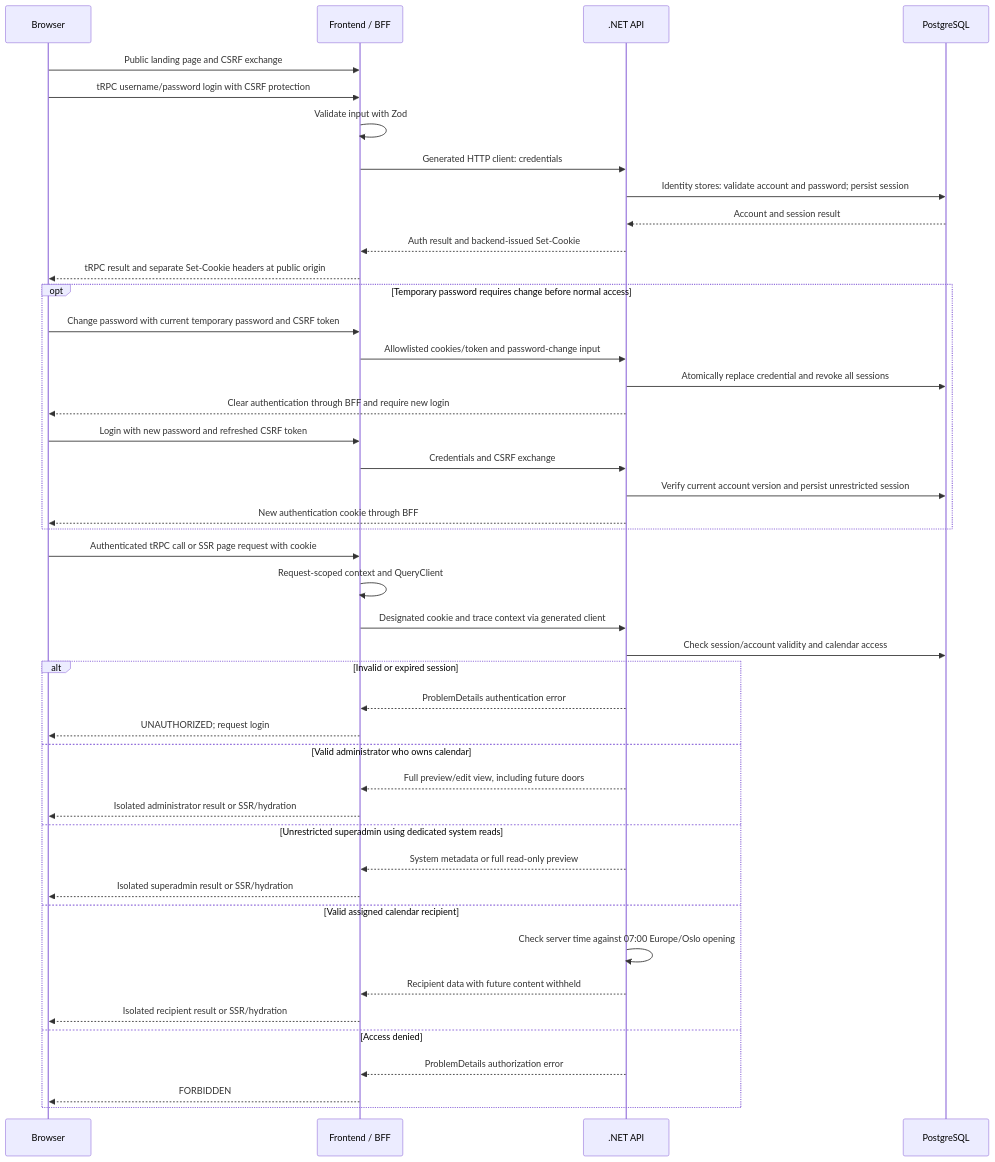
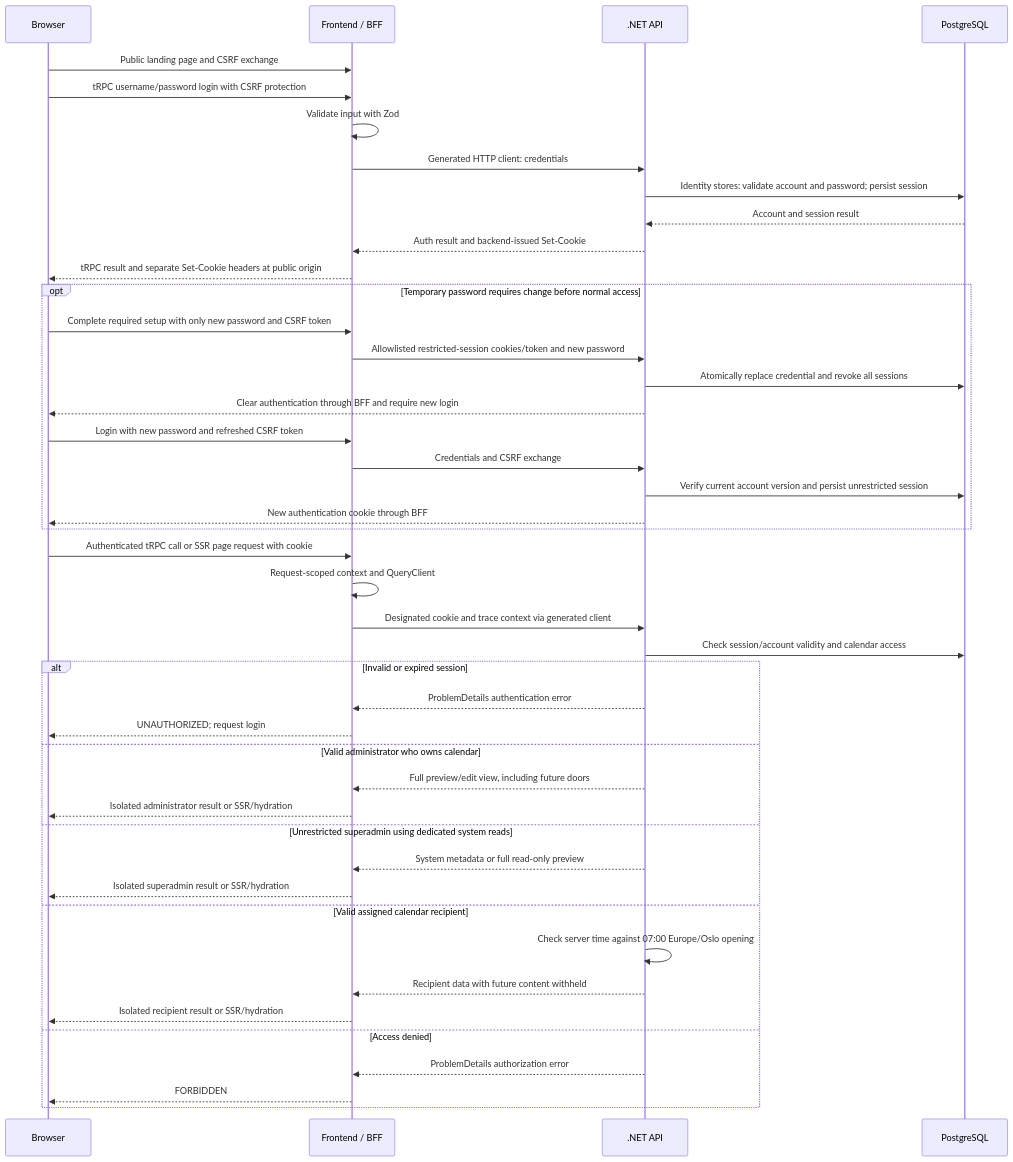
The third of 4 diagrams in docs/architecture.md (Pipehill/advent-calendar), drawn with Mermaid before and after one commit. The commit also changed 28 other files, not shown here.

Commit message:
[FEATURE]: Complete required password setup with the restricted session (#60)

````diff
--- a/docs/architecture.md
+++ b/docs/architecture.md
@@ -462,46 +462,46 @@
 ```mermaid
 sequenceDiagram
     participant Browser
     participant BFF as Frontend / BFF
     participant API as .NET API
     participant DB as PostgreSQL
     Browser->>BFF: Public landing page and CSRF exchange
     Browser->>BFF: tRPC username/password login with CSRF protection
     BFF->>BFF: Validate input with Zod
     BFF->>API: Generated HTTP client: credentials
     API->>DB: Identity stores: validate account and password#59; persist session
     DB-->>API: Account and session result
     API-->>BFF: Auth result and backend-issued Set-Cookie
     BFF-->>Browser: tRPC result and separate Set-Cookie headers at public origin
     opt Temporary password requires change before normal access
-        Browser->>BFF: Change password with current temporary password and CSRF token
-        BFF->>API: Allowlisted cookies/token and password-change input
+        Browser->>BFF: Complete required setup with only new password and CSRF token
+        BFF->>API: Allowlisted restricted-session cookies/token and new password
         API->>DB: Atomically replace credential and revoke all sessions
         API-->>Browser: Clear authentication through BFF and require new login
         Browser->>BFF: Login with new password and refreshed CSRF token
         BFF->>API: Credentials and CSRF exchange
         API->>DB: Verify current account version and persist unrestricted session
         API-->>Browser: New authentication cookie through BFF
     end
     Browser->>BFF: Authenticated tRPC call or SSR page request with cookie
     BFF->>BFF: Request-scoped context and QueryClient
     BFF->>API: Designated cookie and trace context via generated client
     API->>DB: Check session/account validity and calendar access
     alt Invalid or expired session
         API-->>BFF: ProblemDetails authentication error
         BFF-->>Browser: UNAUTHORIZED#59; request login
     else Valid administrator who owns calendar
         API-->>BFF: Full preview/edit view, including future doors
         BFF-->>Browser: Isolated administrator result or SSR/hydration
     else Unrestricted superadmin using dedicated system reads
         API-->>BFF: System metadata or full read-only preview
         BFF-->>Browser: Isolated superadmin result or SSR/hydration
     else Valid assigned calendar recipient
         API->>API: Check server time against 07:00 Europe/Oslo opening
         API-->>BFF: Recipient data with future content withheld
         BFF-->>Browser: Isolated recipient result or SSR/hydration
     else Access denied
         API-->>BFF: ProblemDetails authorization error
         BFF-->>Browser: FORBIDDEN
     end
 ```
````
